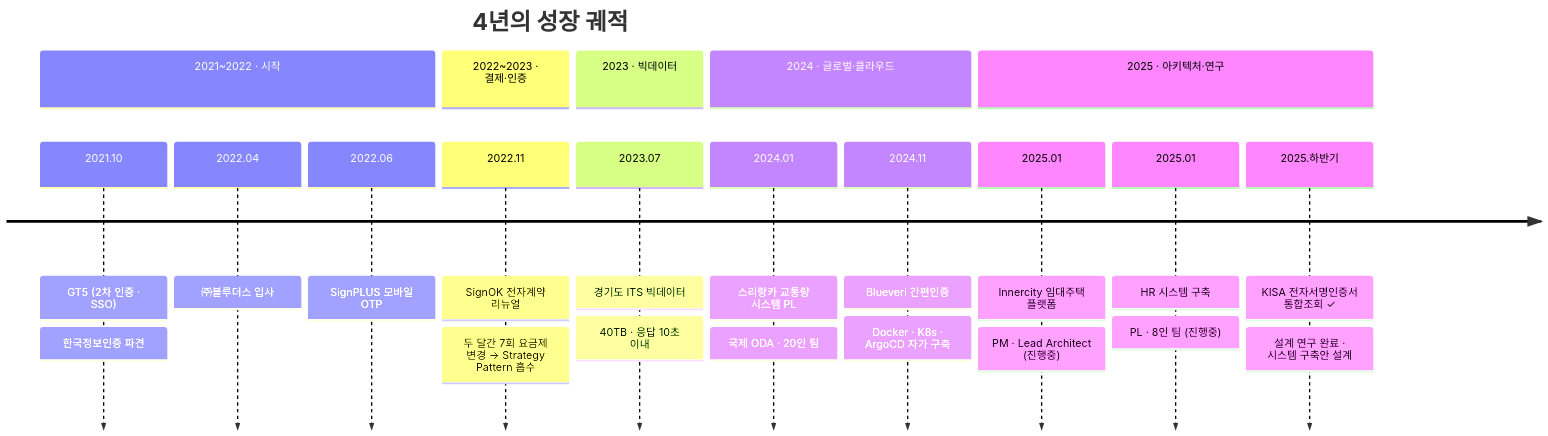
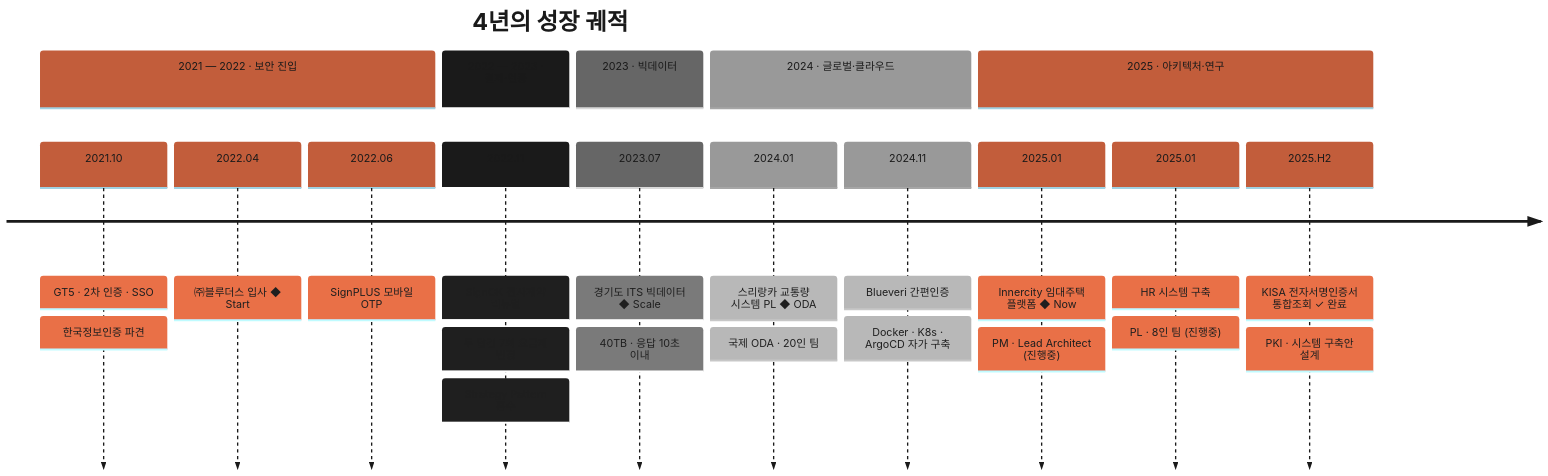
One commit to achul1026/achul1026 changed the diagram in README.md. Above: the diagram before and after it, drawn with Mermaid. The commit also changed other lines of this file, not shown here.

````diff
--- a/README.md
+++ b/README.md
@@ -26,27 +51,33 @@
 ```mermaid
+%%{init: {'theme':'base', 'themeVariables': {
+  'cScale0':'#c25d3b','cScale1':'#1a1a1a','cScale2':'#666666','cScale3':'#999999','cScale4':'#c25d3b','cScale5':'#1a1a1a',
+  'primaryColor':'#fefcf8','primaryTextColor':'#1a1a1a','primaryBorderColor':'#c25d3b',
+  'lineColor':'#cccccc','tertiaryColor':'#f5efe6'
+}}}%%
 timeline
     title 4년의 성장 궤적
-    section 2021~2022 · 시작
-        2021.10 : GT5 (2차 인증 · SSO)
+    section 2021 — 2022 · 보안 진입
+        2021.10 : GT5 · 2차 인증 · SSO
                 : 한국정보인증 파견
-        2022.04 : ㈜블루더스 입사
+        2022.04 : ㈜블루더스 입사 ◆ Start
         2022.06 : SignPLUS 모바일 OTP
-    section 2022~2023 · 결제·인증
+    section 2022 — 2023 · 결제·인증
         2022.11 : SignOK 전자계약 리뉴얼
-                : 두 달간 7회 요금제 변경 → Strategy Pattern 흡수
+                : 두 달간 7회 요금제 변경
+                : Strategy Pattern 흡수
     section 2023 · 빅데이터
-        2023.07 : 경기도 ITS 빅데이터
+        2023.07 : 경기도 ITS 빅데이터 ◆ Scale
                 : 40TB · 응답 10초 이내
     section 2024 · 글로벌·클라우드
-        2024.01 : 스리랑카 교통량 시스템 PL
+        2024.01 : 스리랑카 교통량 시스템 PL ◆ ODA
                 : 국제 ODA · 20인 팀
         2024.11 : Blueveri 간편인증
                 : Docker · K8s · ArgoCD 자가 구축
     section 2025 · 아키텍처·연구
-        2025.01 : Innercity 임대주택 플랫폼
+        2025.01 : Innercity 임대주택 플랫폼 ◆ Now
                 : PM · Lead Architect (진행중)
         2025.01 : HR 시스템 구축
                 : PL · 8인 팀 (진행중)
-        2025.하반기 : KISA 전자서명인증서 통합조회 ✓
-                : 설계 연구 완료 · 시스템 구축안 설계
+        2025.H2 : KISA 전자서명인증서 통합조회 ✓ 완료
+                : PKI · 시스템 구축안 설계
 ```
````
